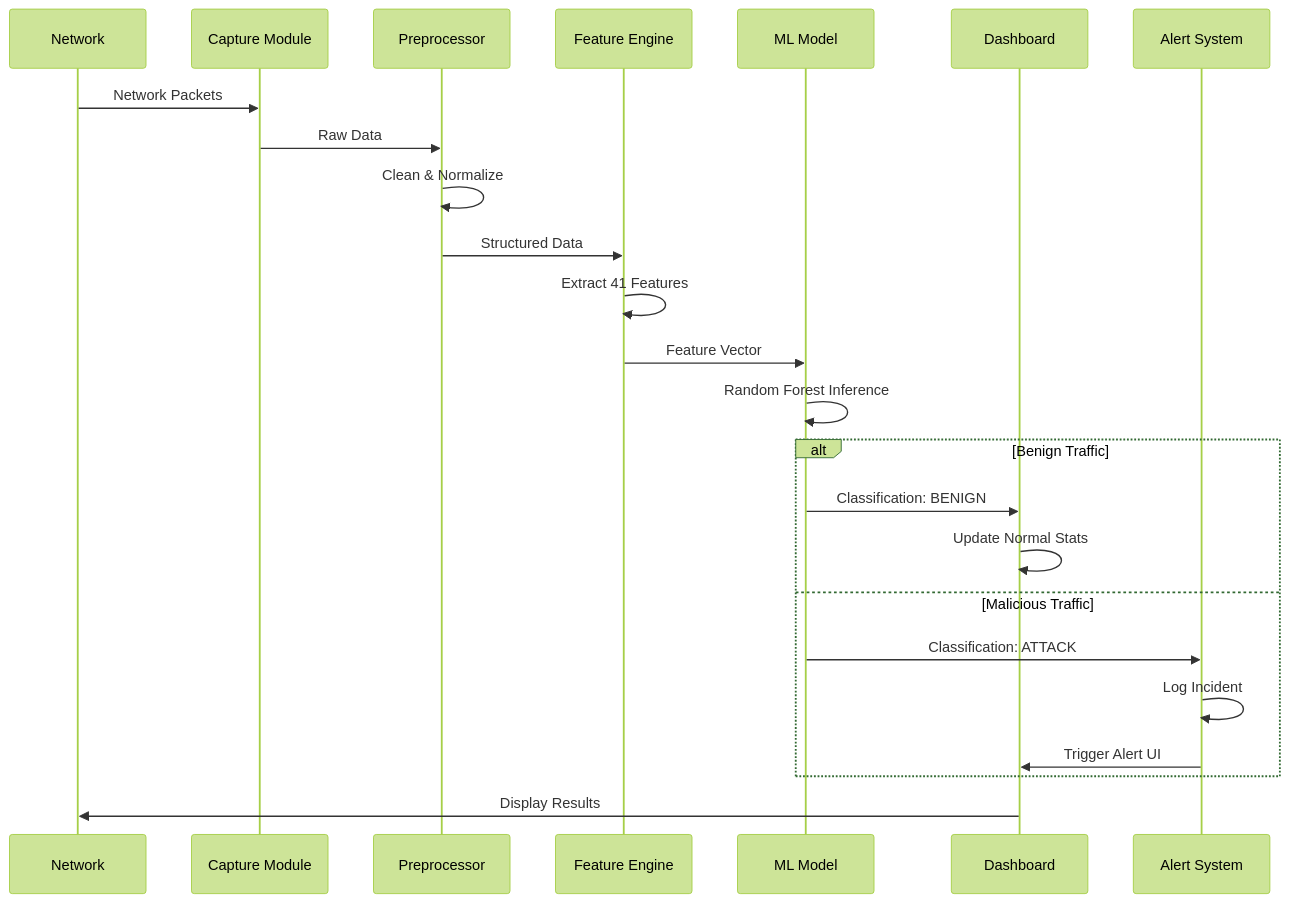
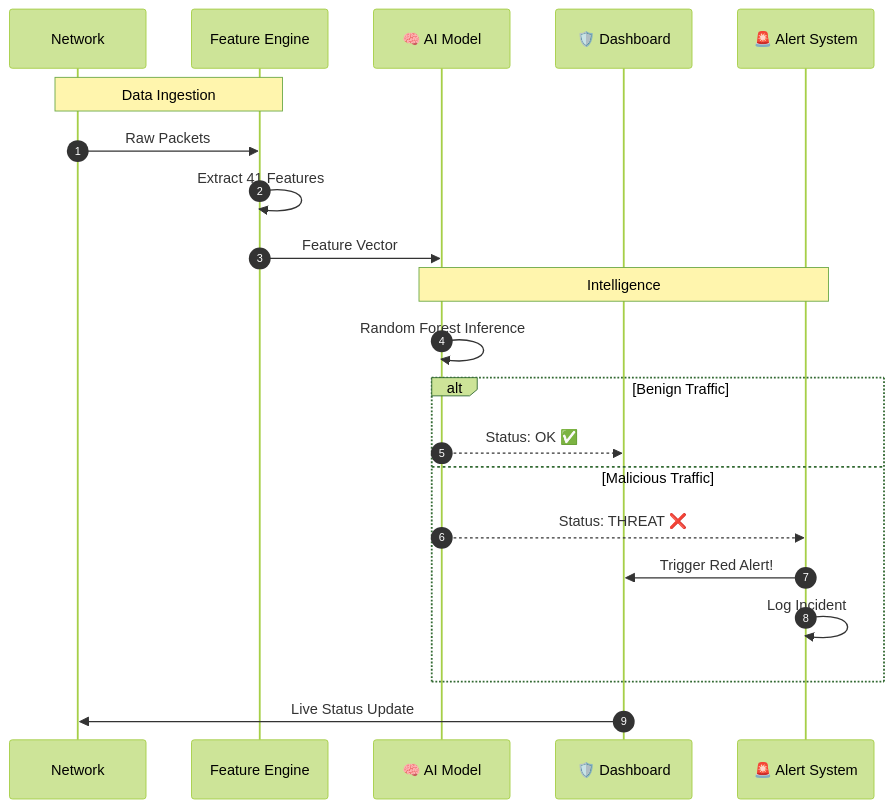
Before and after one commit to sr-857/AI-Network-Intrusion-Detection: the third of 5 diagrams in README.md, drawn with Mermaid (forest theme). The commit also changed other lines of this file, not shown here.

Commit message:
docs: polish README with colorful diagrams and condensed text

````diff
--- a/README.md
+++ b/README.md
@@ -273,29 +255,27 @@
 ```mermaid
 sequenceDiagram
+    autonumber
     participant Net as Network
-    participant Cap as Capture Module
-    participant Pre as Preprocessor
     participant Feat as Feature Engine
-    participant ML as ML Model
-    participant Dash as Dashboard
-    participant Alert as Alert System
+    participant ML as 🧠 AI Model
+    participant Dash as 🛡️ Dashboard
+    participant Alert as 🚨 Alert System
     
-    Net->>Cap: Network Packets
-    Cap->>Pre: Raw Data
-    Pre->>Pre: Clean & Normalize
-    Pre->>Feat: Structured Data
+    Note over Net, Feat: Data Ingestion
+    Net->>Feat: Raw Packets
     Feat->>Feat: Extract 41 Features
     Feat->>ML: Feature Vector
+    
+    Note over ML, Alert: Intelligence
     ML->>ML: Random Forest Inference
     
     alt Benign Traffic
-        ML->>Dash: Classification: BENIGN
-        Dash->>Dash: Update Normal Stats
+        ML-->>Dash: Status: OK ✅
     else Malicious Traffic
-        ML->>Alert: Classification: ATTACK
+        ML-->>Alert: Status: THREAT ❌
+        Alert->>Dash: Trigger Red Alert!
         Alert->>Alert: Log Incident
-        Alert->>Dash: Trigger Alert UI
     end
     
-    Dash->>Net: Display Results
+    Dash->>Net: Live Status Update
 ```
````
